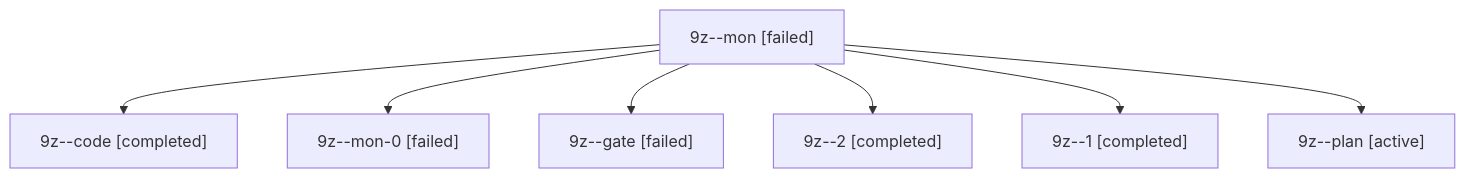
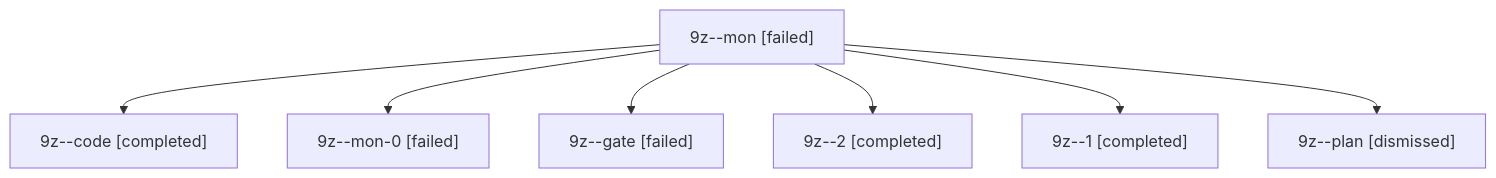
Before and after one commit to bobs-org/bob-cli--agents: the diagram in sessions/bbugyi200.apollo.9z.md, drawn with Mermaid. The commit also changed other lines of this file and 35 other files, not shown here.

````diff
--- a/sessions/bbugyi200.apollo.9z.md
+++ b/sessions/bbugyi200.apollo.9z.md
@@ -9,16 +9,16 @@
 ```mermaid
 flowchart TD
   n0["9z--mon [failed]"]
   n1["9z--code [completed]"]
   n0 --> n1
   n2["9z--mon-0 [failed]"]
   n0 --> n2
   n3["9z--gate [failed]"]
   n0 --> n3
   n4["9z--2 [completed]"]
   n0 --> n4
   n5["9z--1 [completed]"]
   n0 --> n5
-  n6["9z--plan [active]"]
+  n6["9z--plan [dismissed]"]
   n0 --> n6
 ```
````
